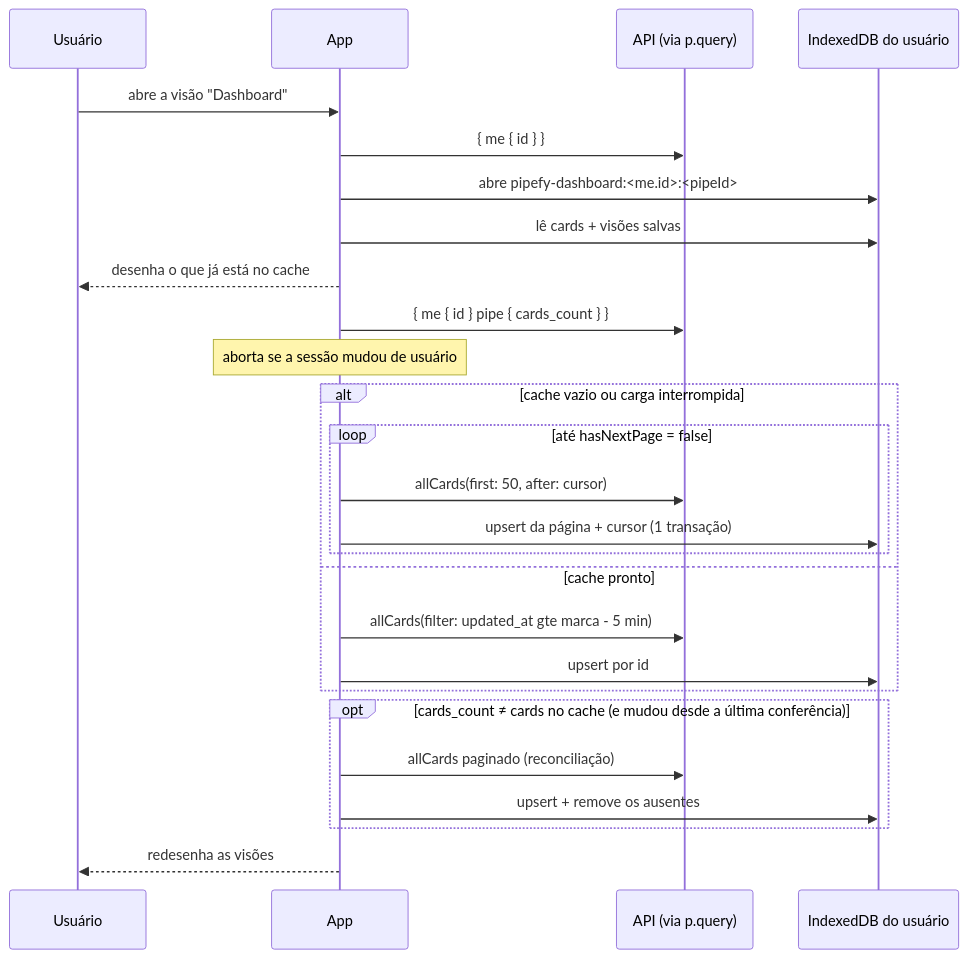
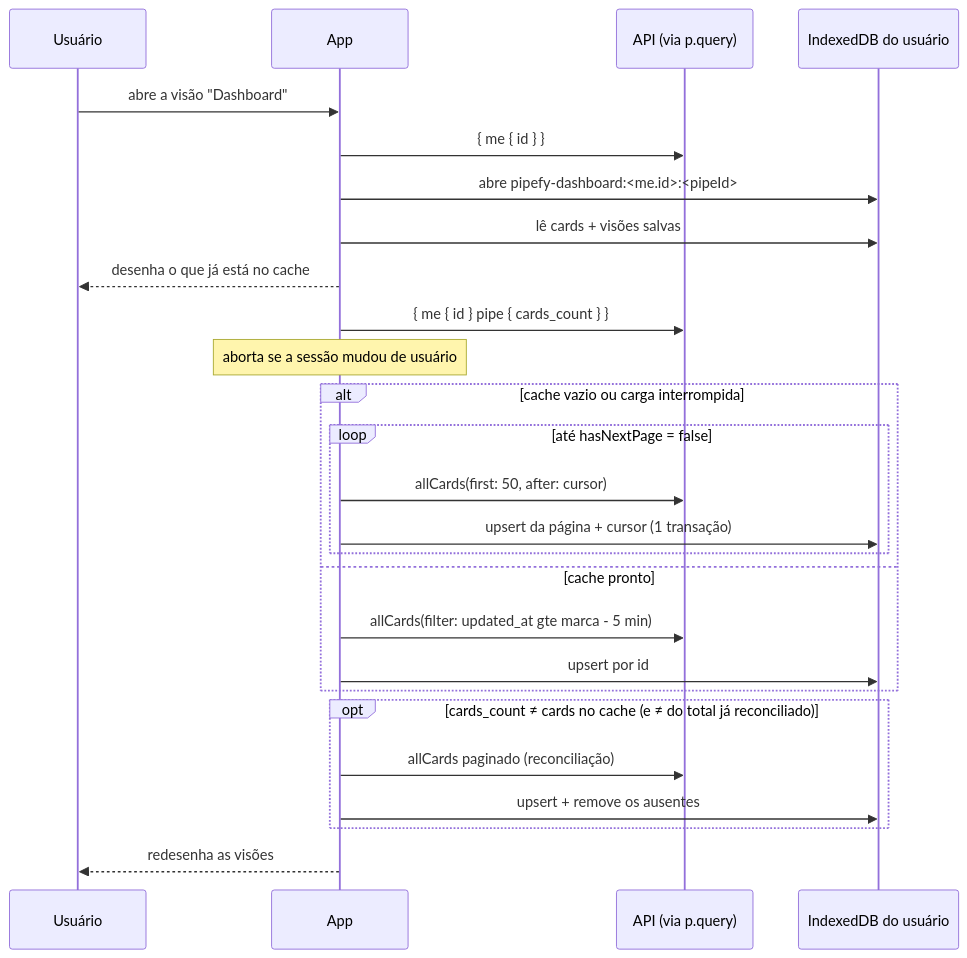
One commit to LucasAAlv/case-1-dashboard changed the second of 2 diagrams in docs/arquitetura.md. Above: the diagram before and after it, drawn with Mermaid. The commit also changed other lines of this file and 1 other file, not shown here.

````diff
--- a/docs/arquitetura.md
+++ b/docs/arquitetura.md
@@ -81,29 +81,29 @@
 ```mermaid
 sequenceDiagram
   participant U as Usuário
   participant App
   participant API as API (via p.query)
   participant DB as IndexedDB do usuário
 
   U->>App: abre a visão "Dashboard"
   App->>API: { me { id } }
   App->>DB: abre pipefy-dashboard:<me.id>:<pipeId>
   App->>DB: lê cards + visões salvas
   App-->>U: desenha o que já está no cache
   App->>API: { me { id } pipe { cards_count } }
   Note over App: aborta se a sessão mudou de usuário
   alt cache vazio ou carga interrompida
     loop até hasNextPage = false
       App->>API: allCards(first: 50, after: cursor)
       App->>DB: upsert da página + cursor (1 transação)
     end
   else cache pronto
     App->>API: allCards(filter: updated_at gte marca - 5 min)
     App->>DB: upsert por id
   end
-  opt cards_count ≠ cards no cache (e mudou desde a última conferência)
+  opt cards_count ≠ cards no cache (e ≠ do total já reconciliado)
     App->>API: allCards paginado (reconciliação)
     App->>DB: upsert + remove os ausentes
   end
   App-->>U: redesenha as visões
 ```
````
